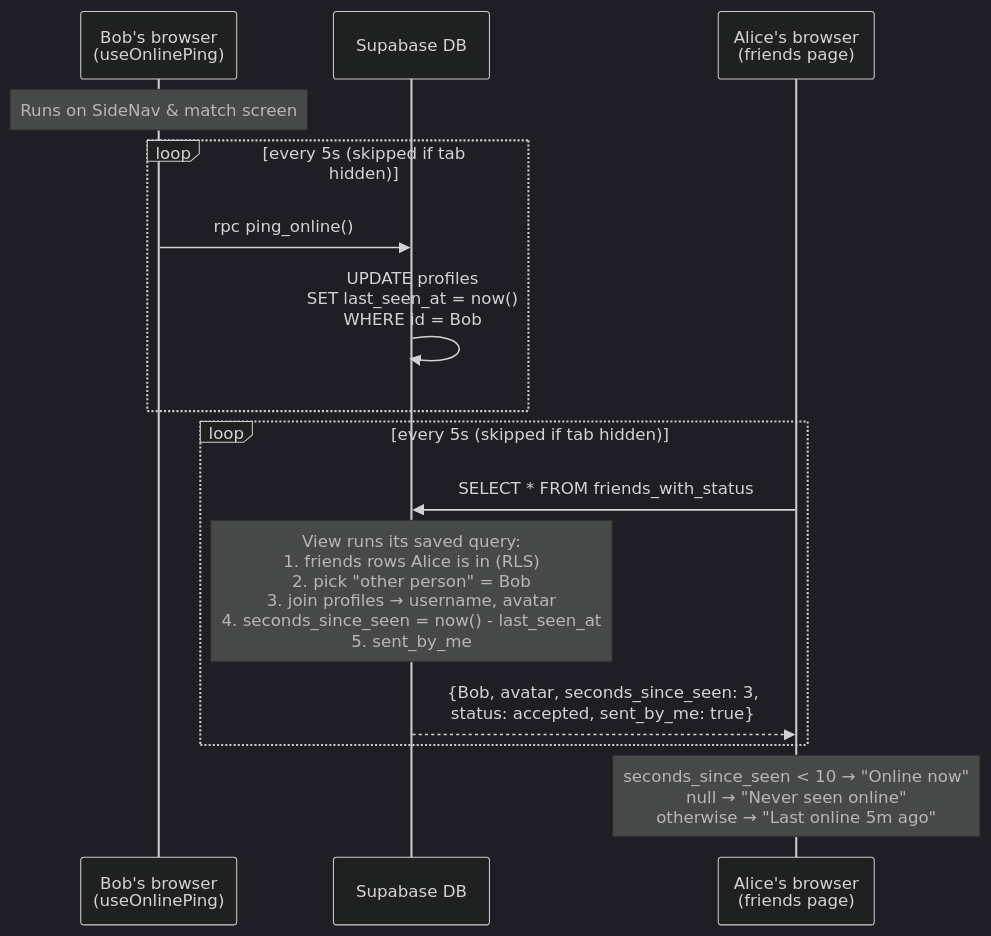
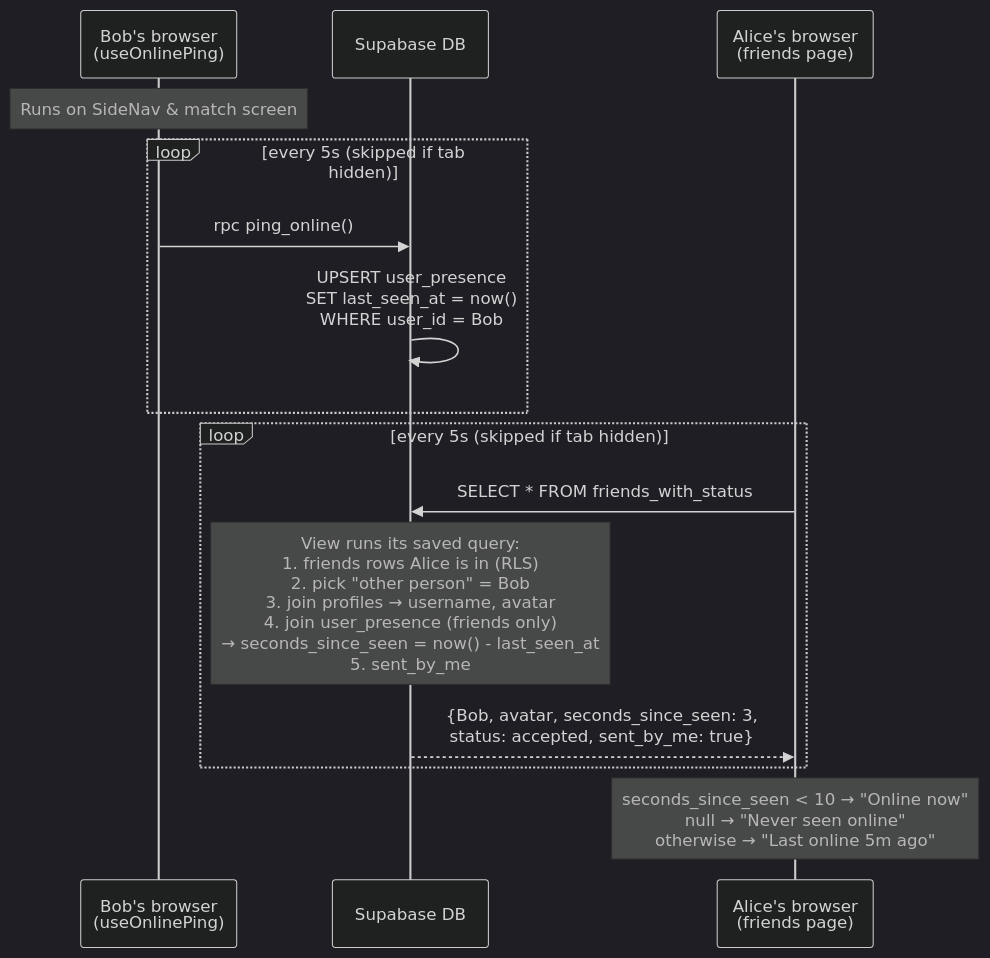
The second of 3 diagrams in docs/friends.md (brianyeap/transcendence), drawn with Mermaid (dark theme) before and after one commit. The commit also changed other lines of this file and 22 other files, not shown here.

````diff
--- a/docs/friends.md
+++ b/docs/friends.md
@@ -32,20 +39,20 @@
 ```mermaid
 sequenceDiagram
     participant BobTab as Bob's browser<br/>(useOnlinePing)
     participant DB as Supabase DB
     participant AliceTab as Alice's browser<br/>(friends page)
 
     Note over BobTab: Runs on SideNav & match screen
     loop every 5s (skipped if tab hidden)
         BobTab->>DB: rpc ping_online()
-        DB->>DB: UPDATE profiles<br/>SET last_seen_at = now()<br/>WHERE id = Bob
+        DB->>DB: UPSERT user_presence<br/>SET last_seen_at = now()<br/>WHERE user_id = Bob
     end
 
     loop every 5s (skipped if tab hidden)
         AliceTab->>DB: SELECT * FROM friends_with_status
-        Note over DB: View runs its saved query:<br/>1. friends rows Alice is in (RLS)<br/>2. pick "other person" = Bob<br/>3. join profiles → username, avatar<br/>4. seconds_since_seen = now() - last_seen_at<br/>5. sent_by_me
+        Note over DB: View runs its saved query:<br/>1. friends rows Alice is in (RLS)<br/>2. pick "other person" = Bob<br/>3. join profiles → username, avatar<br/>4. join user_presence (friends only)<br/>→ seconds_since_seen = now() - last_seen_at<br/>5. sent_by_me
         DB-->>AliceTab: {Bob, avatar, seconds_since_seen: 3,<br/>status: accepted, sent_by_me: true}
     end
 
     Note over AliceTab: seconds_since_seen < 10 → "Online now"<br/>null → "Never seen online"<br/>otherwise → "Last online 5m ago"
 ```
````
